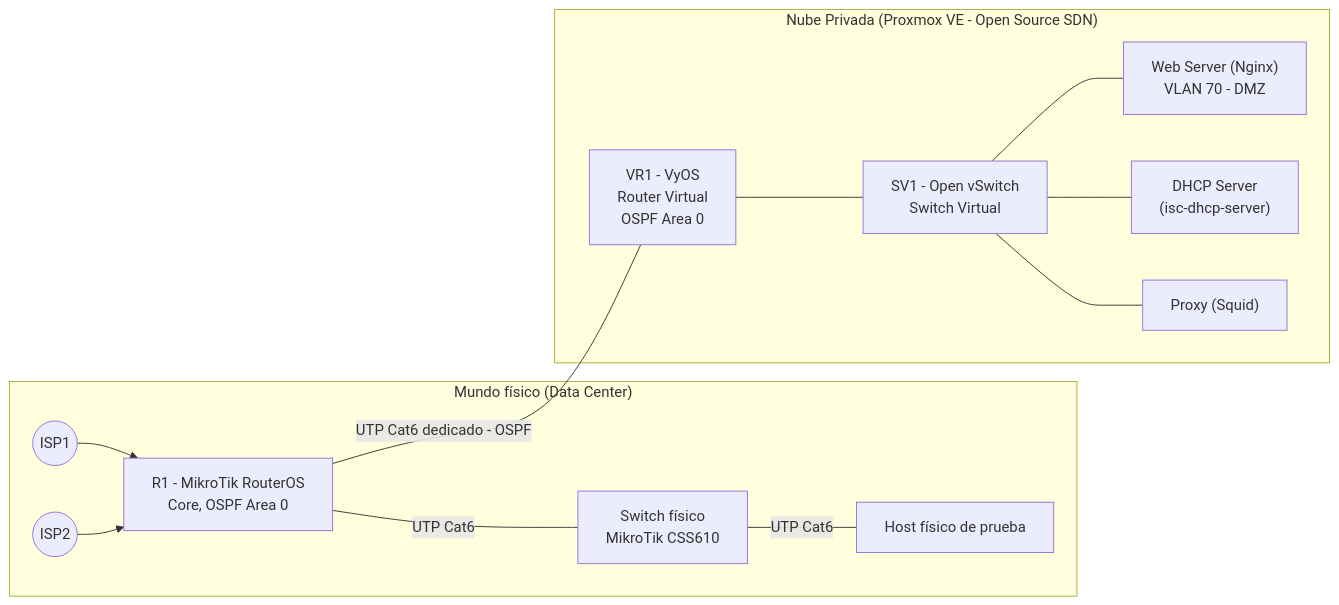
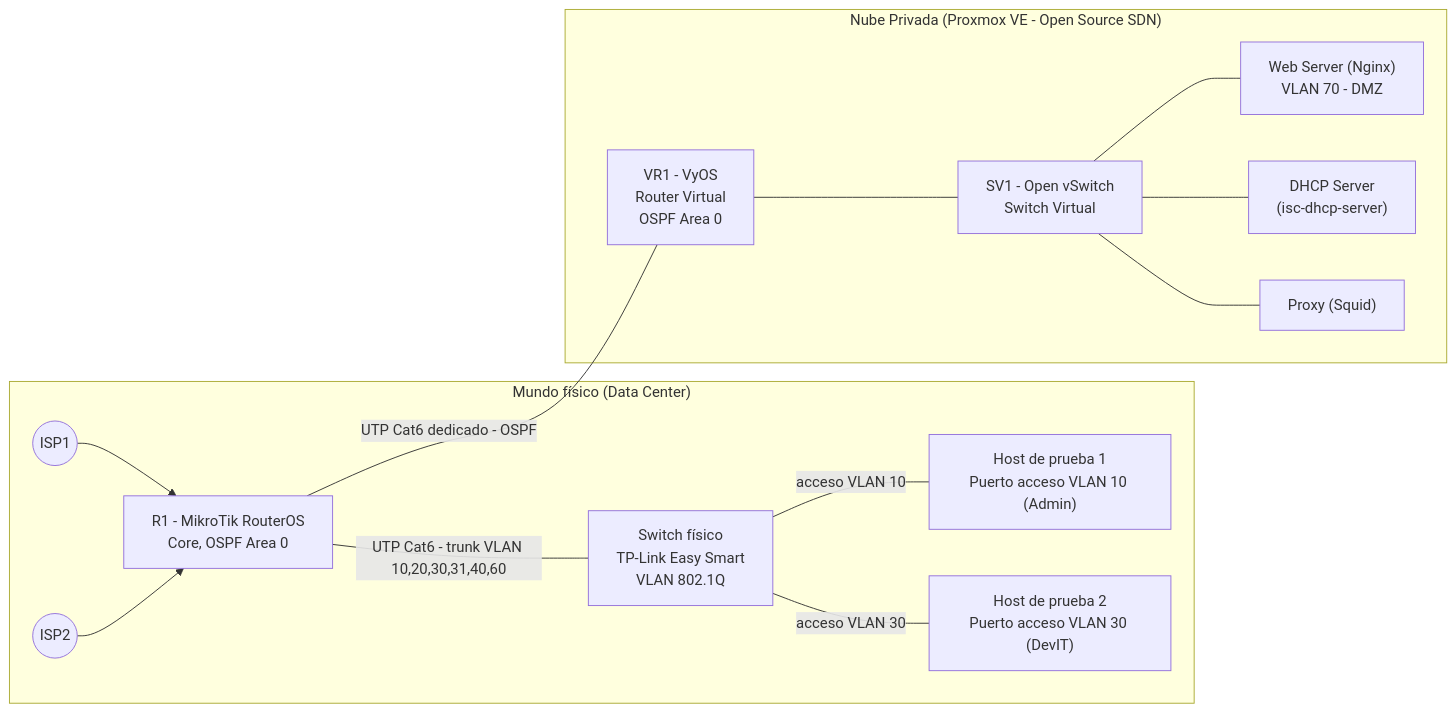
Before and after one commit to Samuel-s-Proyects/Redes-Proyecto-Final: the diagram in Fase-4-Nube-Privada-SDN/04-Fase4-Nube-Privada-SDN.md, drawn with Mermaid. The commit also changed other lines of this file and 25 other files, not shown here.

````diff
--- a/Fase-4-Nube-Privada-SDN/04-Fase4-Nube-Privada-SDN.md
+++ b/Fase-4-Nube-Privada-SDN/04-Fase4-Nube-Privada-SDN.md
@@ -25,26 +25,28 @@
 ```mermaid
 flowchart LR
     subgraph Fisico["Mundo físico (Data Center)"]
         ISP1((ISP1)) --> R1
         ISP2((ISP2)) --> R1
         R1["R1 - MikroTik RouterOS\nCore, OSPF Area 0"]
-        SWF["Switch físico\nMikroTik CSS610"]
-        HOST["Host físico de prueba"]
-        R1 ---|UTP Cat6| SWF
-        SWF ---|UTP Cat6| HOST
+        SWF["Switch físico\nTP-Link Easy Smart\nVLAN 802.1Q"]
+        HOST1["Host de prueba 1\nPuerto acceso VLAN 10 (Admin)"]
+        HOST2["Host de prueba 2\nPuerto acceso VLAN 30 (DevIT)"]
+        R1 ---|"UTP Cat6 - trunk VLAN 10,20,30,31,40,60"| SWF
+        SWF ---|"acceso VLAN 10"| HOST1
+        SWF ---|"acceso VLAN 30"| HOST2
     end
 
     subgraph Virtual["Nube Privada (Proxmox VE - Open Source SDN)"]
         VR1["VR1 - VyOS\nRouter Virtual\nOSPF Area 0"]
         SV1["SV1 - Open vSwitch\nSwitch Virtual"]
         WEB["Web Server (Nginx)\nVLAN 70 - DMZ"]
         DHCPVM["DHCP Server\n(isc-dhcp-server)"]
         PROXY["Proxy (Squid)"]
         SV1 --- WEB
         SV1 --- DHCPVM
         SV1 --- PROXY
         VR1 --- SV1
     end
 
     R1 ---|UTP Cat6 dedicado - OSPF| VR1
 ```
````
